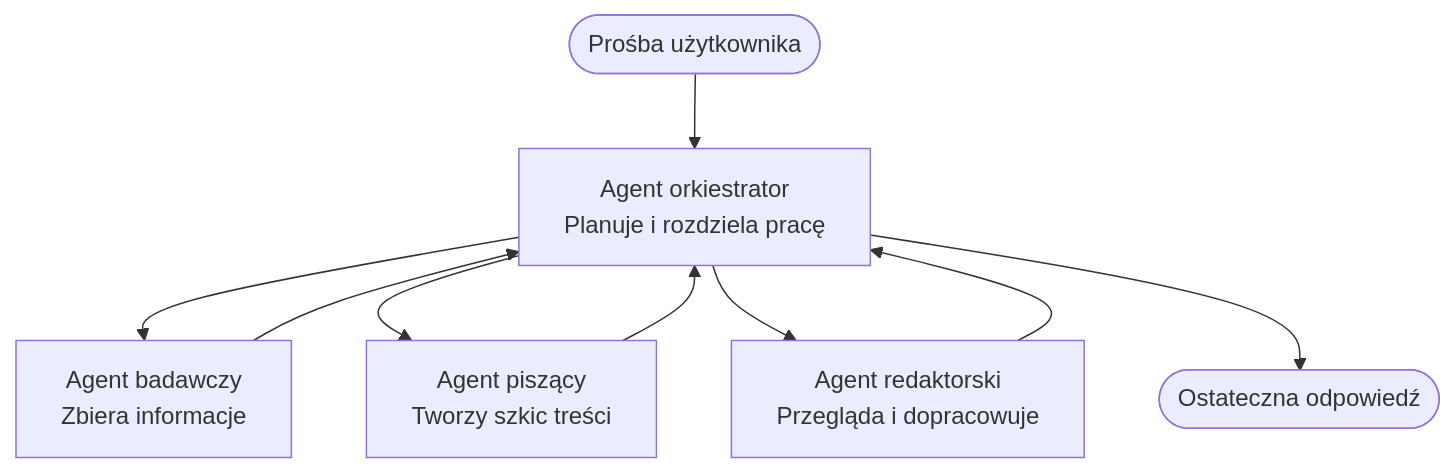
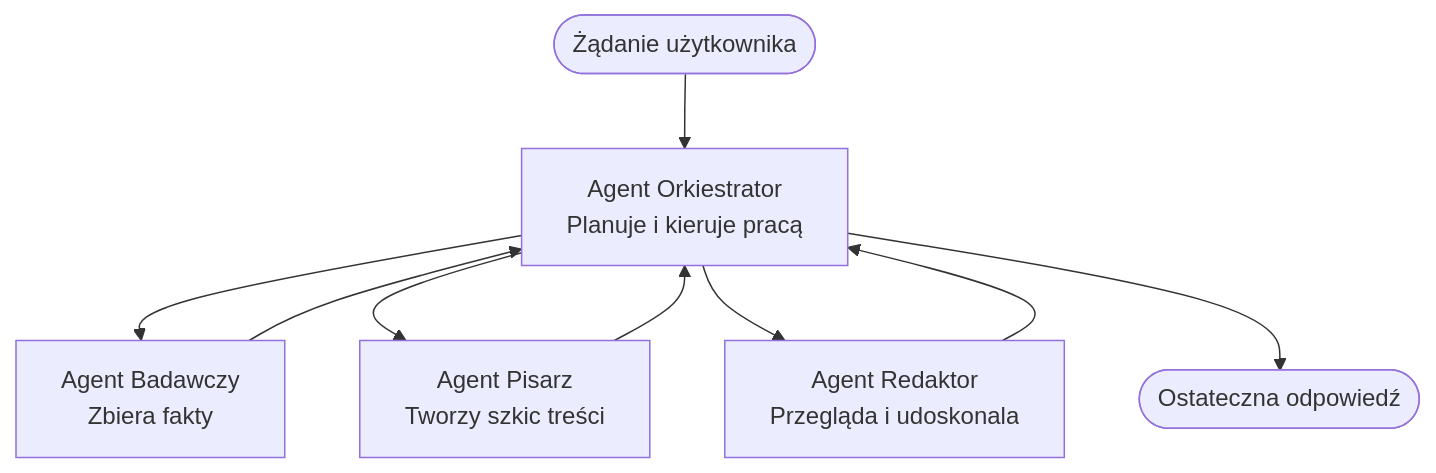
One commit to microsoft/AZD-for-beginners changed the diagram in translations/pl/docs/chapter-05-multi-agent/multi-agent-basics.md. Above: the diagram before and after it, drawn with Mermaid. The commit also changed other lines of this file and 61 other files, not shown here.

````diff
--- a/translations/pl/docs/chapter-05-multi-agent/multi-agent-basics.md
+++ b/translations/pl/docs/chapter-05-multi-agent/multi-agent-basics.md
@@ -43,11 +43,11 @@
 ```mermaid
 graph TD
-    User([Prośba użytkownika]) --> Orchestrator[Agent orkiestrator<br/>Planuje i rozdziela pracę]
-    Orchestrator --> Researcher[Agent badawczy<br/>Zbiera informacje]
-    Orchestrator --> Writer[Agent piszący<br/>Tworzy szkic treści]
-    Orchestrator --> Editor[Agent redaktorski<br/>Przegląda i dopracowuje]
+    User([Żądanie użytkownika]) --> Orchestrator[Agent Orkiestrator<br/>Planuje i kieruje pracą]
+    Orchestrator --> Researcher[Agent Badawczy<br/>Zbiera fakty]
+    Orchestrator --> Writer[Agent Pisarz<br/>Tworzy szkic treści]
+    Orchestrator --> Editor[Agent Redaktor<br/>Przegląda i udoskonala]
     Researcher --> Orchestrator
     Writer --> Orchestrator
     Editor --> Orchestrator
     Orchestrator --> Result([Ostateczna odpowiedź])
 ```
````
